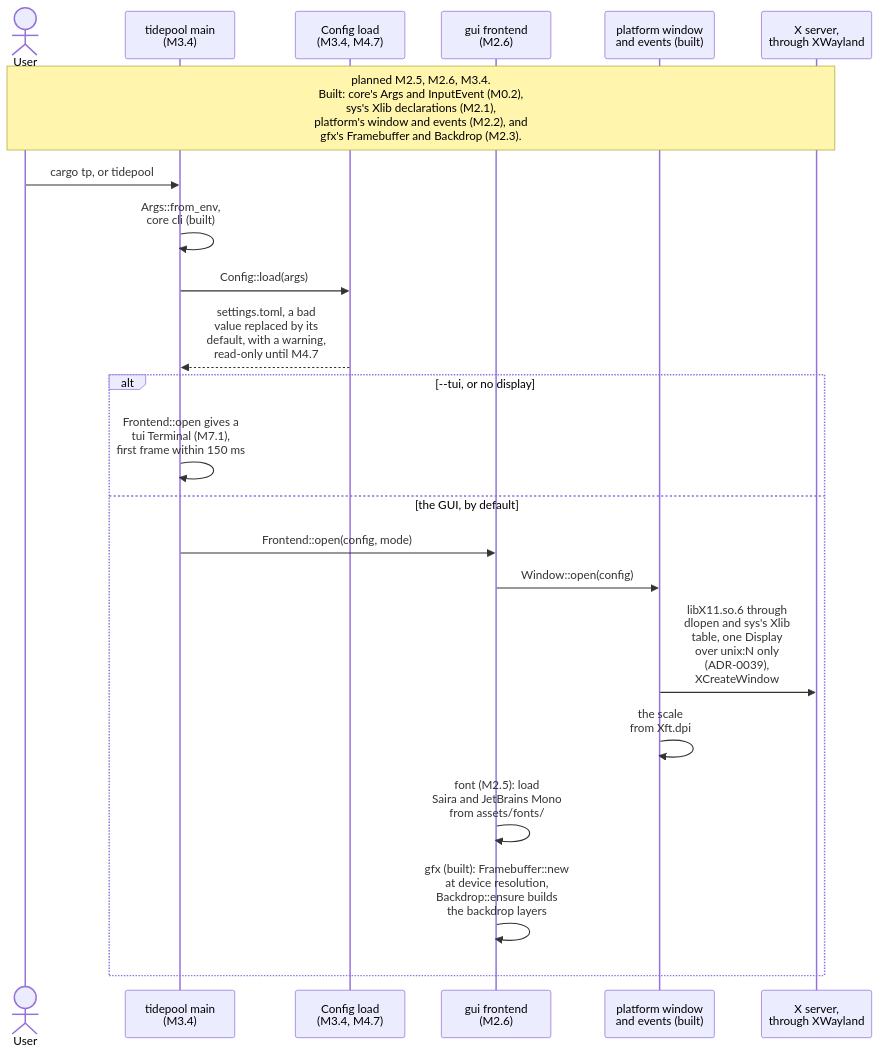
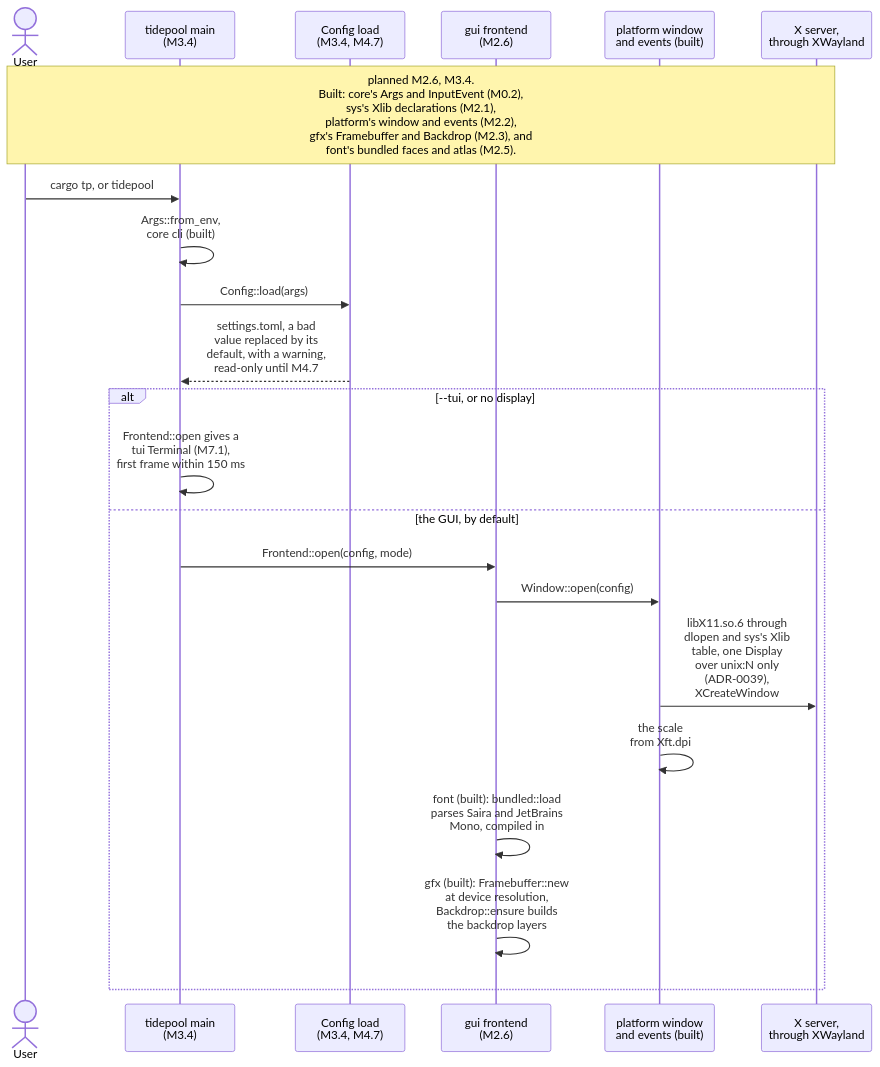
One commit to jabbott-iii/Tidepool changed the ninth of 22 diagrams in diagrams/sequence-diagrams.md. Above: the diagram before and after it, drawn with Mermaid. The commit also changed other lines of this file and 33 other files, not shown here.

First line of the commit message:
font: atlas, layout, fallback, bundled faces and glyph goldens (M2.5)

````diff
--- a/diagrams/sequence-diagrams.md
+++ b/diagrams/sequence-diagrams.md
@@ -516,25 +517,25 @@
 ```mermaid
 sequenceDiagram
     actor User
     participant Cli as tidepool main<br/>(M3.4)
     participant Cfg as Config load<br/>(M3.4, M4.7)
     participant Fe as gui frontend<br/>(M2.6)
     participant Plat as platform window<br/>and events (built)
     participant Disp as X server,<br/>through XWayland
 
-    Note over User,Disp: planned M2.5, M2.6, M3.4.<br/>Built: core's Args and InputEvent (M0.2),<br/>sys's Xlib declarations (M2.1),<br/>platform's window and events (M2.2), and<br/>gfx's Framebuffer and Backdrop (M2.3).
+    Note over User,Disp: planned M2.6, M3.4.<br/>Built: core's Args and InputEvent (M0.2),<br/>sys's Xlib declarations (M2.1),<br/>platform's window and events (M2.2),<br/>gfx's Framebuffer and Backdrop (M2.3), and<br/>font's bundled faces and atlas (M2.5).
     User->>Cli: cargo tp, or tidepool
     Cli->>Cli: Args::from_env,<br/>core cli (built)
     Cli->>Cfg: Config::load(args)
     Cfg-->>Cli: settings.toml, a bad<br/>value replaced by its<br/>default, with a warning,<br/>read-only until M4.7
     alt --tui, or no display
         Cli->>Cli: Frontend::open gives a<br/>tui Terminal (M7.1),<br/>first frame within 150 ms
     else the GUI, by default
         Cli->>Fe: Frontend::open(config, mode)
         Fe->>Plat: Window::open(config)
         Plat->>Disp: libX11.so.6 through<br/>dlopen and sys's Xlib<br/>table, one Display<br/>over unix:N only<br/>(ADR-0039),<br/>XCreateWindow
         Plat->>Plat: the scale<br/>from Xft.dpi
-        Fe->>Fe: font (M2.5): load<br/>Saira and JetBrains Mono<br/>from assets/fonts/
+        Fe->>Fe: font (built): bundled::load<br/>parses Saira and JetBrains<br/>Mono, compiled in
         Fe->>Fe: gfx (built): Framebuffer::new<br/>at device resolution,<br/>Backdrop::ensure builds<br/>the backdrop layers
     end
 ```
````
